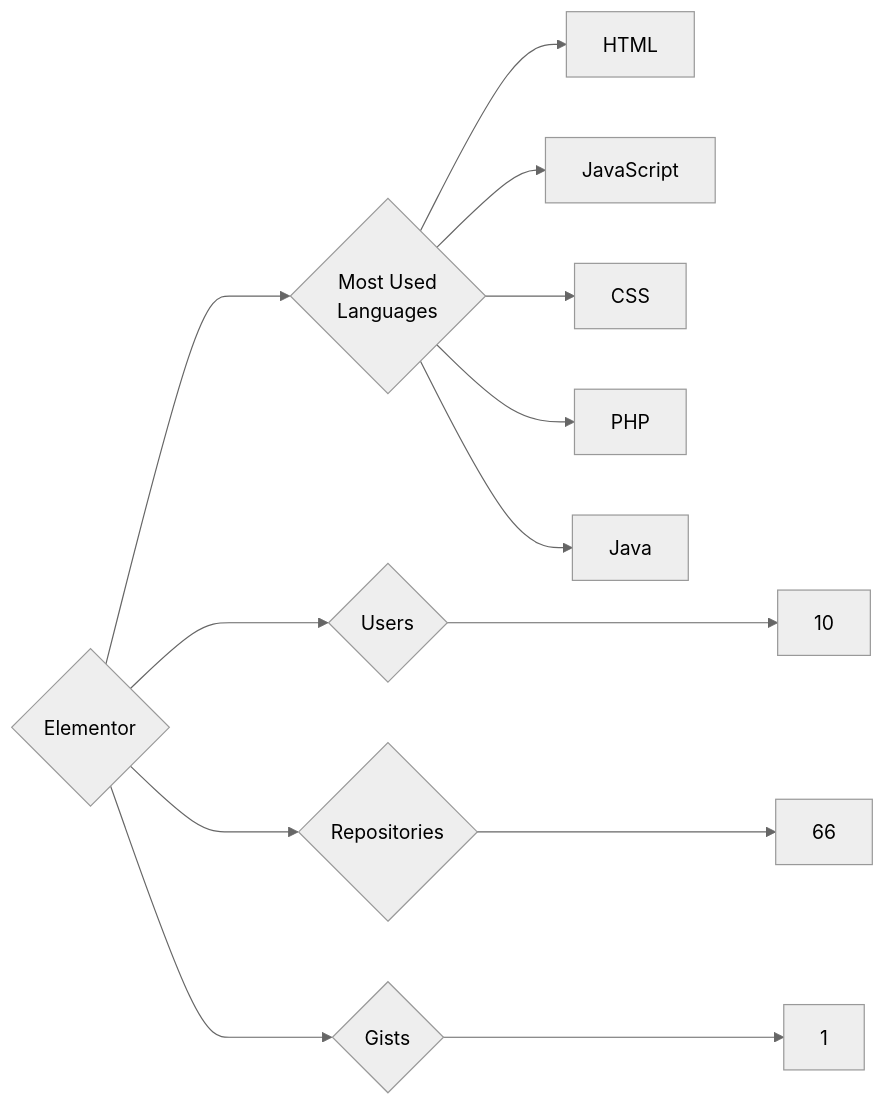
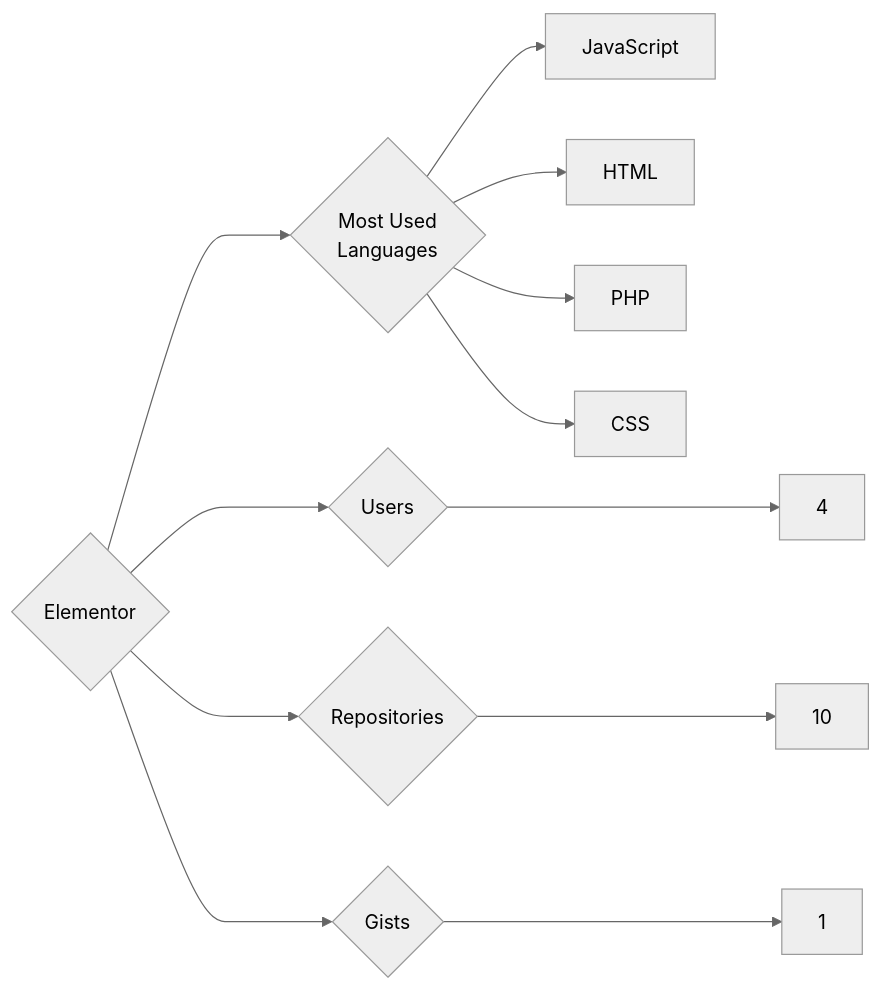
The diagram in targets/Elementor/README.md (trickest/insiders), drawn with Mermaid (neutral theme) before and after one commit. The commit also changed 1170 other files, not shown here.

````diff
--- a/targets/Elementor/README.md
+++ b/targets/Elementor/README.md
@@ -3,13 +3,12 @@
 ```mermaid
 graph LR
 COMPANY_NAME{Elementor}
-COMPANY_NAME ---> U{Users} ---> UN[10]
-COMPANY_NAME ---> R{Repositories} ---> RN[66]
+COMPANY_NAME ---> U{Users} ---> UN[4]
+COMPANY_NAME ---> R{Repositories} ---> RN[10]
 COMPANY_NAME ---> G{Gists} ---> GN[1]
 COMPANY_NAME ---> ML{Most Used<br>Languages}
+ML --> JavaScript[JavaScript]
 ML --> HTML[HTML]
-ML --> JavaScript[JavaScript]
+ML --> PHP[PHP]
 ML --> CSS[CSS]
-ML --> PHP[PHP]
-ML --> Java[Java]
 ```
````
